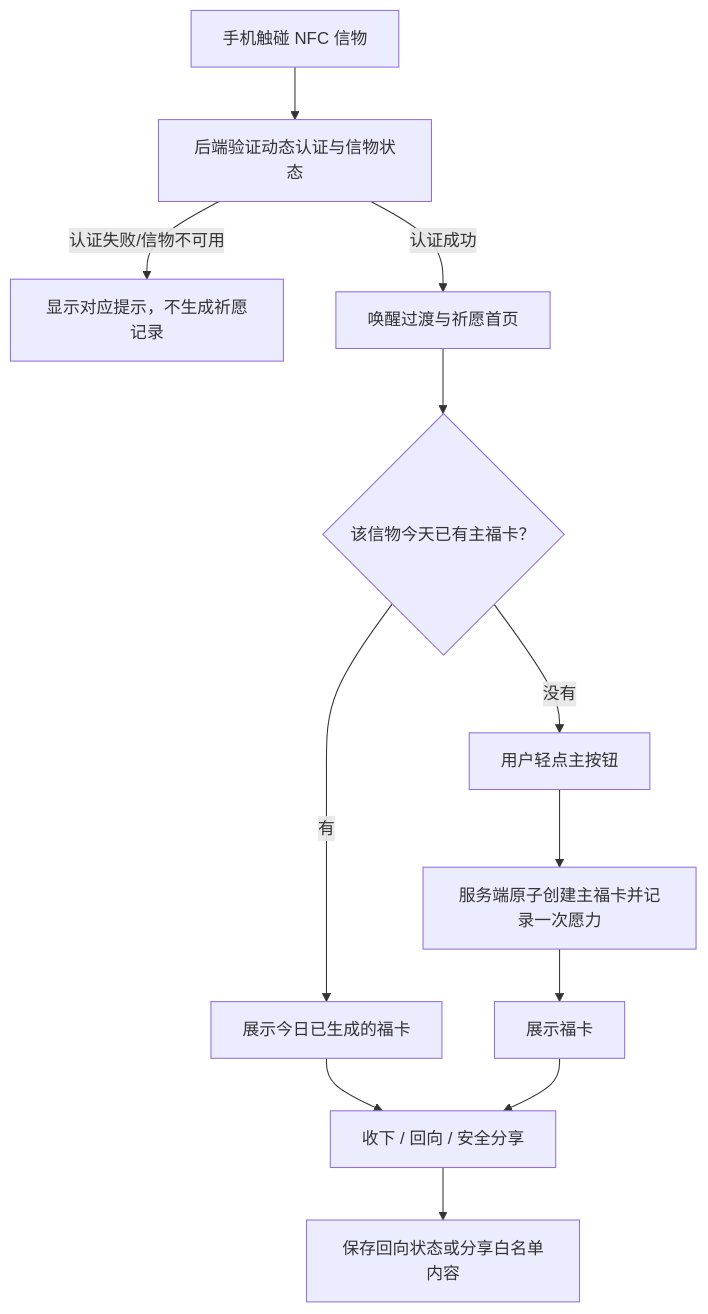
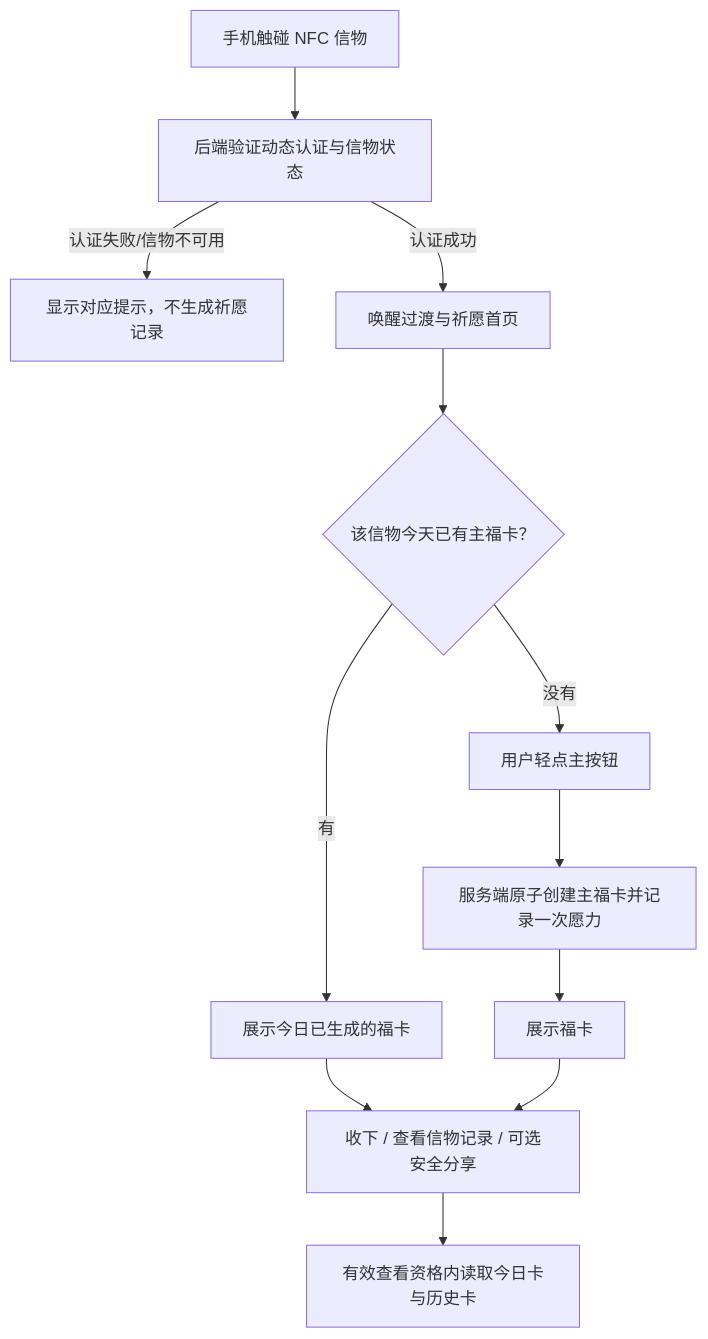
The diagram in docs/NFC_PRAYER_H5_PRD.md (ilcece/bumbum), drawn with Mermaid before and after one commit. The commit also changed other lines of this file and 3 other files, not shown here.

````diff
--- a/docs/NFC_PRAYER_H5_PRD.md
+++ b/docs/NFC_PRAYER_H5_PRD.md
@@ -97,14 +97,14 @@
 ```mermaid
 flowchart TD
     A[手机触碰 NFC 信物] --> B[后端验证动态认证与信物状态]
     B -->|认证失败/信物不可用| C[显示对应提示，不生成祈愿记录]
     B -->|认证成功| D[唤醒过渡与祈愿首页]
     D --> E{该信物今天已有主福卡？}
     E -->|有| F[展示今日已生成的福卡]
     E -->|没有| G[用户轻点主按钮]
     G --> H[服务端原子创建主福卡并记录一次愿力]
     H --> I[展示福卡]
-    F --> J[收下 / 回向 / 安全分享]
+    F --> J[收下 / 查看信物记录 / 可选安全分享]
     I --> J
-    J --> K[保存回向状态或分享白名单内容]
+    J --> K[有效查看资格内读取今日卡与历史卡]
 ```
````
